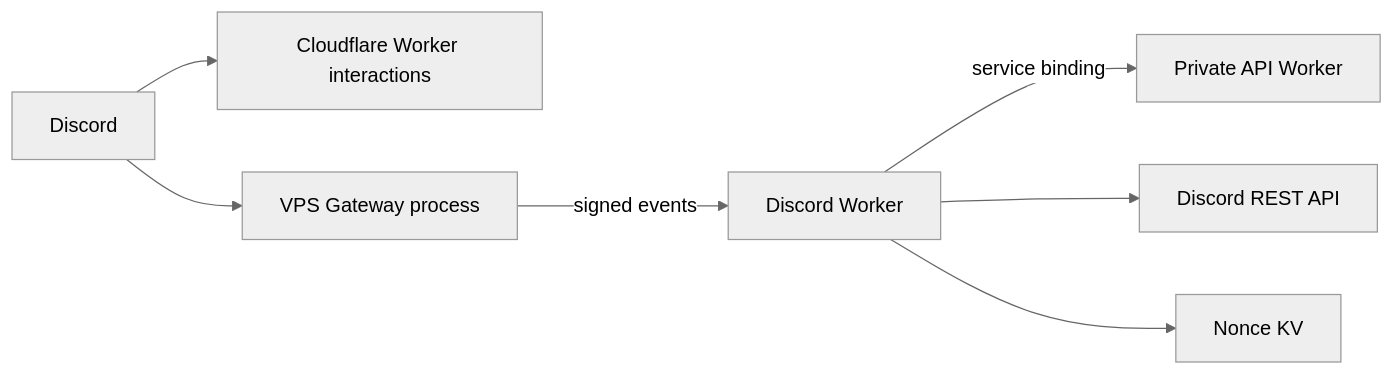
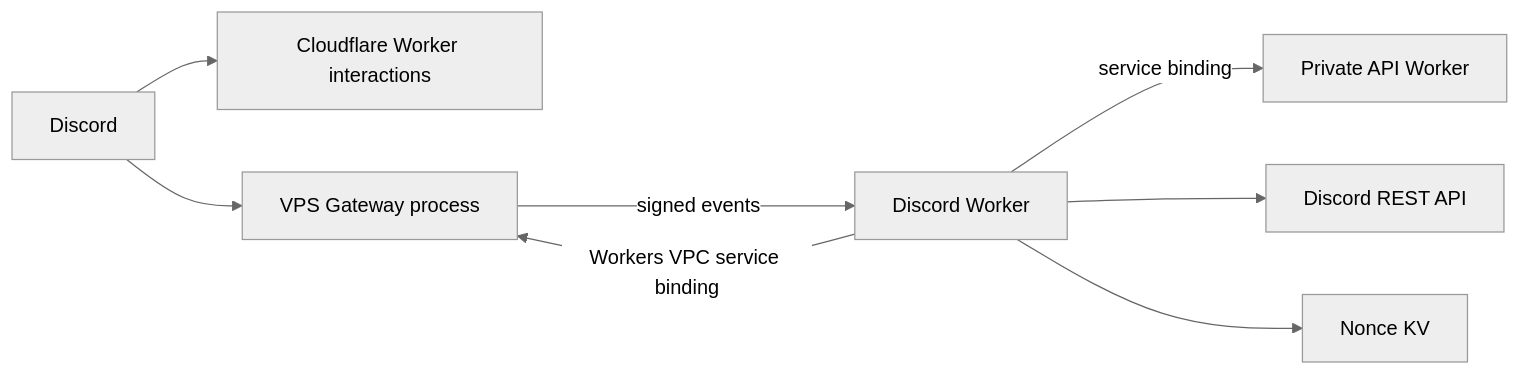
One commit to PurduePhotographyClub/purdue-photo-discord changed the first of 2 diagrams in README.md. Above: the diagram before and after it, drawn with Mermaid (neutral theme). The commit also changed other lines of this file and 15 other files, not shown here.

Commit message:
Use Workers VPC for Discord Gateway (#19)

````diff
--- a/README.md
+++ b/README.md
@@ -20,9 +20,10 @@
 ```mermaid
 flowchart LR
   Discord["Discord"] --> Interactions["Cloudflare Worker interactions"]
   Discord --> Gateway["VPS Gateway process"]
   Gateway -->|signed events| Worker["Discord Worker"]
+  Worker -->|Workers VPC service binding| Gateway
   Worker -->|service binding| API["Private API Worker"]
   Worker --> DiscordAPI["Discord REST API"]
   Worker --> KV["Nonce KV"]
 ```
````
